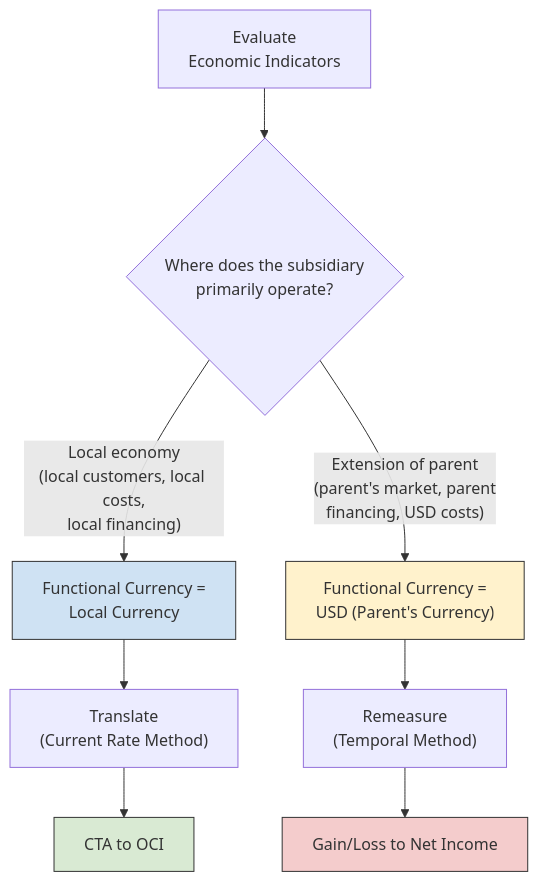
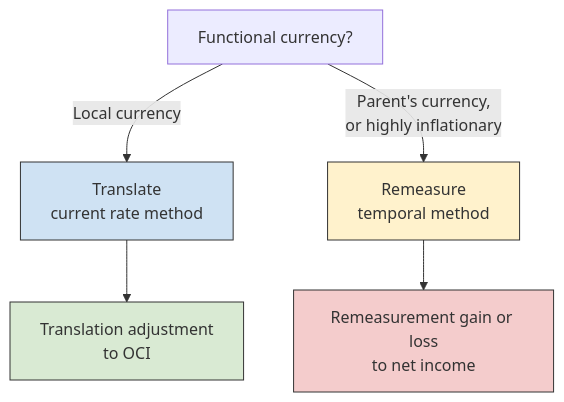
The third of 3 diagrams in docs/bar/technical-accounting-combinations-and-reporting/consolidated-financial-statements.md (subwaymatch/cpabear-book), drawn with Mermaid before and after one commit. The commit also changed other lines of this file and 204 other files, not shown here.

First line of the commit message:
Update the book for the 2027 CPA Exam Blueprints, fix dark-mode diagrams, add diagram zoom (#49)

````diff
--- a/docs/bar/technical-accounting-combinations-and-reporting/consolidated-financial-statements.md
+++ b/docs/bar/technical-accounting-combinations-and-reporting/consolidated-financial-statements.md
@@ -186,14 +145,11 @@
 ```mermaid
 graph TD
-    A["Evaluate<br/>Economic Indicators"] --> B{"Where does the subsidiary<br/>primarily operate?"}
-    B -->|"Local economy<br/>(local customers, local costs,<br/>local financing)"| C["Functional Currency =<br/>Local Currency"]
-    B -->|"Extension of parent<br/>(parent's market, parent<br/>financing, USD costs)"| D["Functional Currency =<br/>USD (Parent's Currency)"]
-    C --> E["Translate<br/>(Current Rate Method)"]
-    D --> F["Remeasure<br/>(Temporal Method)"]
-    E --> G["CTA to OCI"]
-    F --> H["Gain/Loss to Net Income"]
+    A["Functional currency?"] -->|"Local currency"| C["Translate<br/>current rate method"]
+    A -->|"Parent's currency,<br/>or highly inflationary"| D["Remeasure<br/>temporal method"]
+    C --> G["Translation adjustment<br/>to OCI"]
+    D --> H["Remeasurement gain or loss<br/>to net income"]
     style C fill:#cfe2f3,stroke:#333
     style D fill:#fff2cc,stroke:#333
     style G fill:#d9ead3,stroke:#333
     style H fill:#f4cccc,stroke:#333
 ```
````
